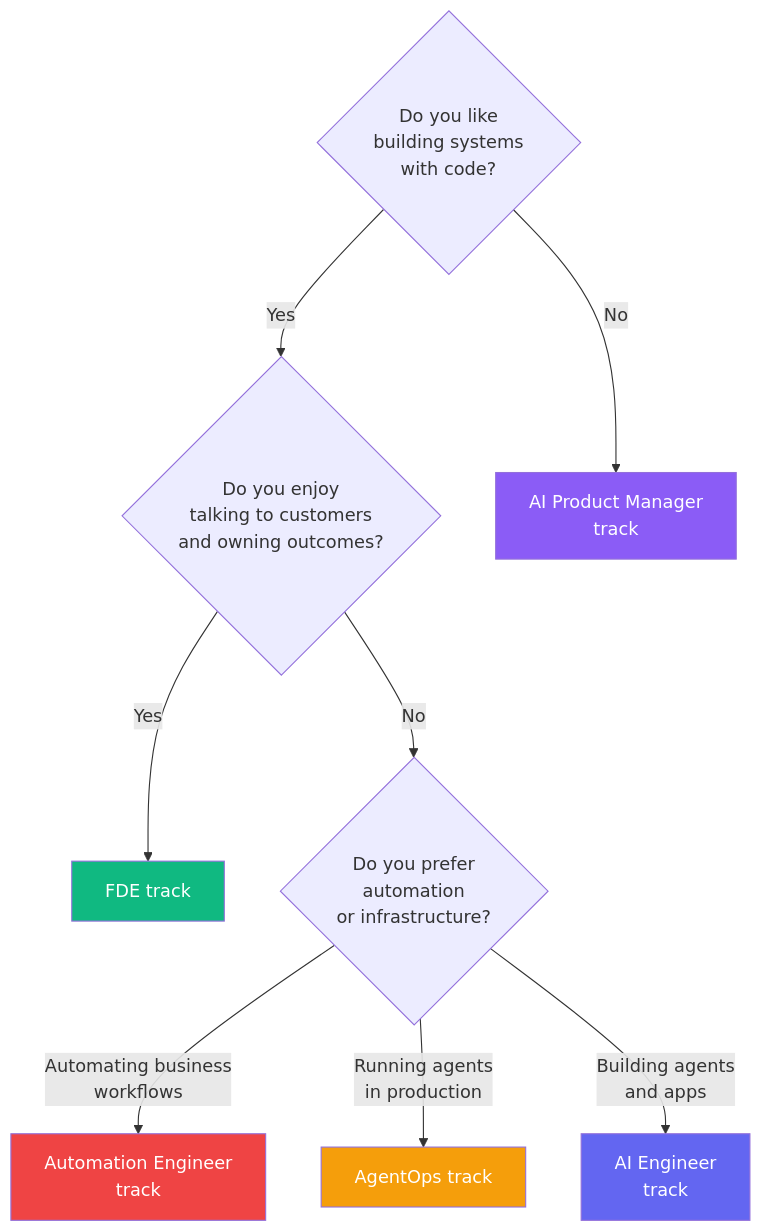
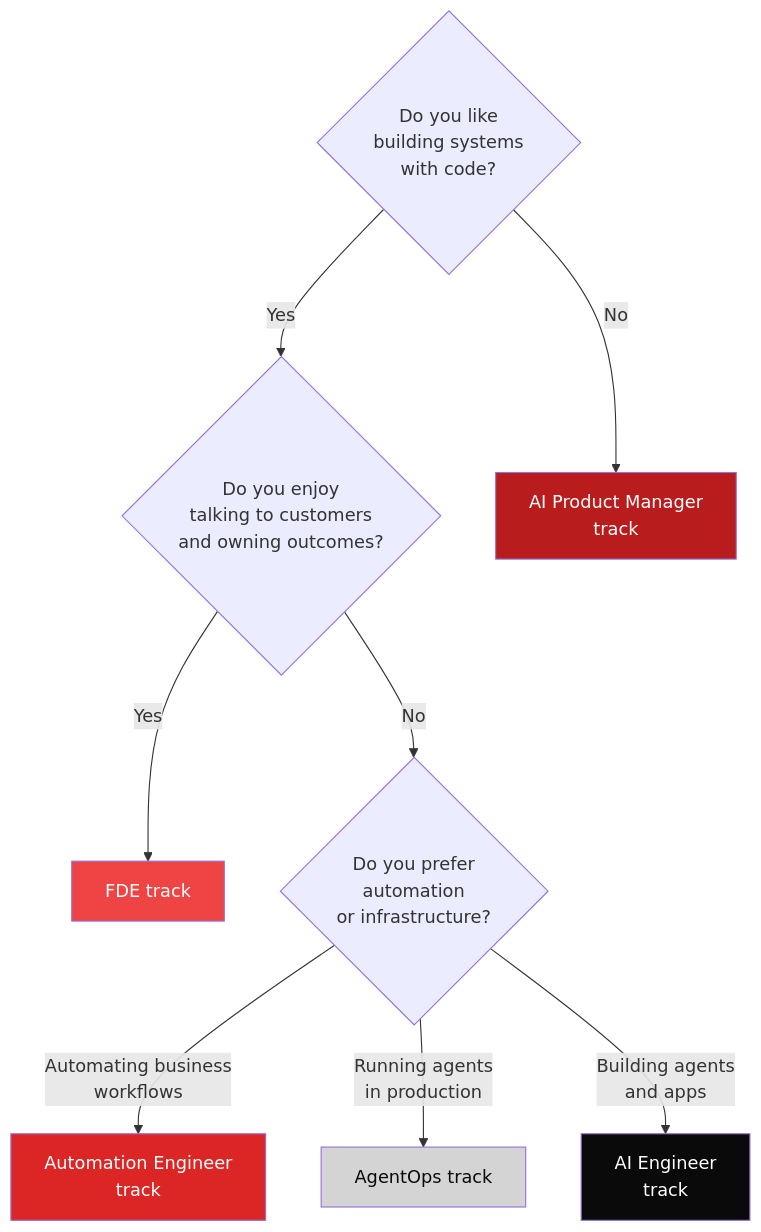
Before and after one commit to Isfhan/learn-agentic-coding: the diagram in roles/README.md, drawn with Mermaid. The commit also changed other lines of this file and 33 other files, not shown here.

````diff
--- a/roles/README.md
+++ b/roles/README.md
@@ -38,17 +38,17 @@
 ```mermaid
 flowchart TD
     Q1{Do you like<br/>building systems<br/>with code?}
     Q1 -->|Yes| Q2{Do you enjoy<br/>talking to customers<br/>and owning outcomes?}
     Q1 -->|No| PM[AI Product Manager<br/>track]
     Q2 -->|Yes| FDE[FDE track]
     Q2 -->|No| Q3{Do you prefer<br/>automation<br/>or infrastructure?}
     Q3 -->|Automating business<br/>workflows| AUTO[Automation Engineer<br/>track]
     Q3 -->|Running agents<br/>in production| OPS[AgentOps track]
     Q3 -->|Building agents<br/>and apps| AIE[AI Engineer<br/>track]
 
-    style AIE fill:#6366f1,color:#fff
-    style FDE fill:#10b981,color:#fff
-    style AUTO fill:#ef4444,color:#fff
-    style OPS fill:#f59e0b,color:#fff
-    style PM fill:#8b5cf6,color:#fff
+    style AIE fill:#0A0A0A,color:#fff
+    style FDE fill:#EF4444,color:#fff
+    style AUTO fill:#DC2626,color:#fff
+    style OPS fill:#D4D4D4,color:#0A0A0A
+    style PM fill:#B91C1C,color:#fff
 ```
````
